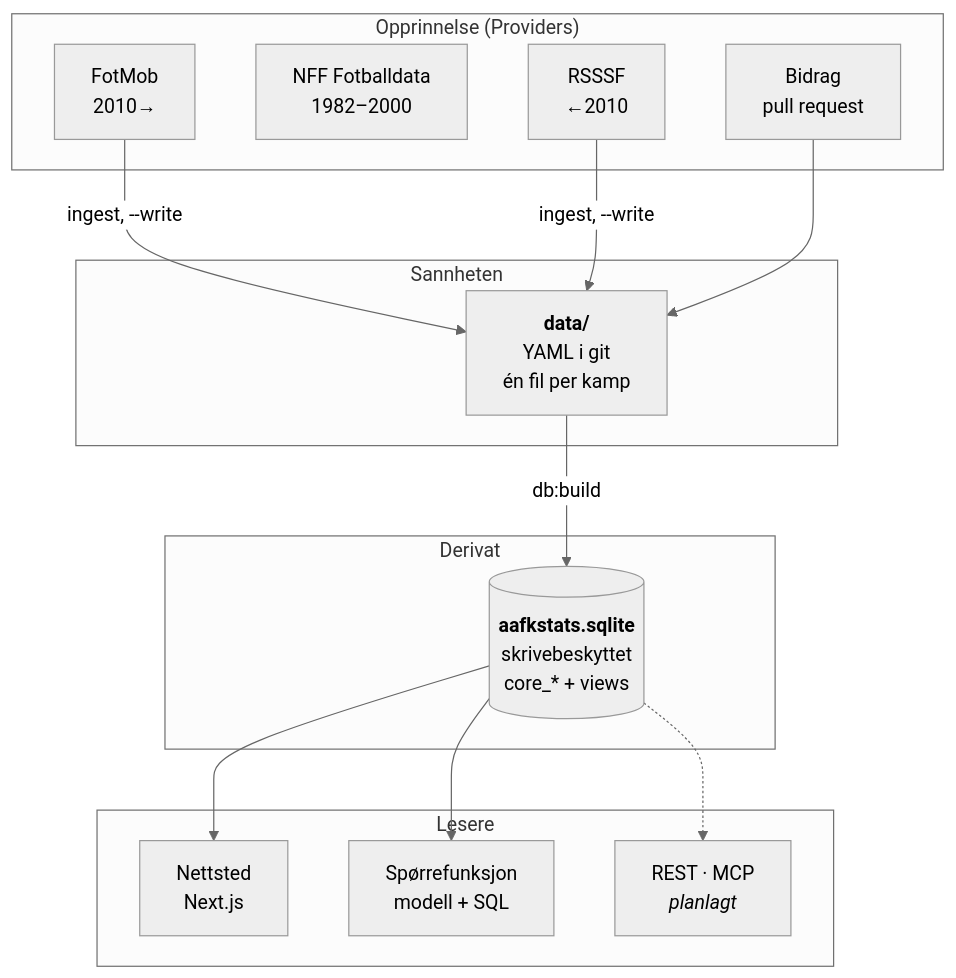
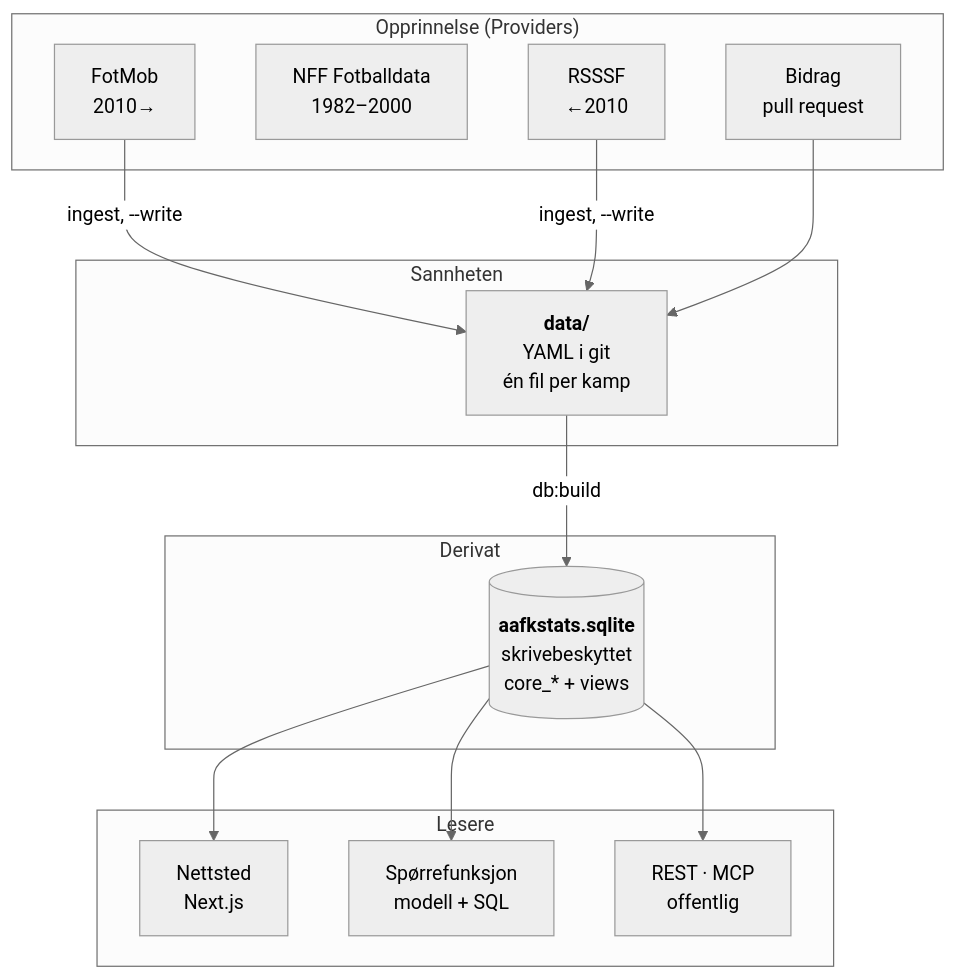
Before and after one commit to mlervaag/aafkstats: the first of 2 diagrams in docs/ARKITEKTUR.md, drawn with Mermaid (neutral theme). The commit also changed other lines of this file and 53 other files, not shown here.

Commit message:
Gjer AaFK-arkivet tilgjengeleg via REST og MCP (#237)

````diff
--- a/docs/ARKITEKTUR.md
+++ b/docs/ARKITEKTUR.md
@@ -27,31 +27,31 @@
 ```mermaid
 flowchart TB
   subgraph providers["Opprinnelse (Providers)"]
     F["FotMob<br/>2010→"]
     N["NFF Fotballdata<br/>1982–2000"]
     R["RSSSF<br/>←2010"]
     B["Bidrag<br/>pull request"]
   end
 
   subgraph sannhet["Sannheten"]
     Y["<b>data/</b><br/>YAML i git<br/>én fil per kamp"]
   end
 
   subgraph derivat["Derivat"]
     S[("<b>aafkstats.sqlite</b><br/>skrivebeskyttet<br/>core_* + views")]
   end
 
   subgraph lesere["Lesere"]
     W["Nettsted<br/>Next.js"]
     C["Spørrefunksjon<br/>modell + SQL"]
-    A["REST · MCP<br/><i>planlagt</i>"]
+    A["REST · MCP<br/>offentlig"]
   end
 
   F -- "ingest, --write" --> Y
   R -- "ingest, --write" --> Y
   B --> Y
   Y -- "db:build" --> S
   S --> W
   S --> C
-  S -.-> A
+  S --> A
 ```
````
